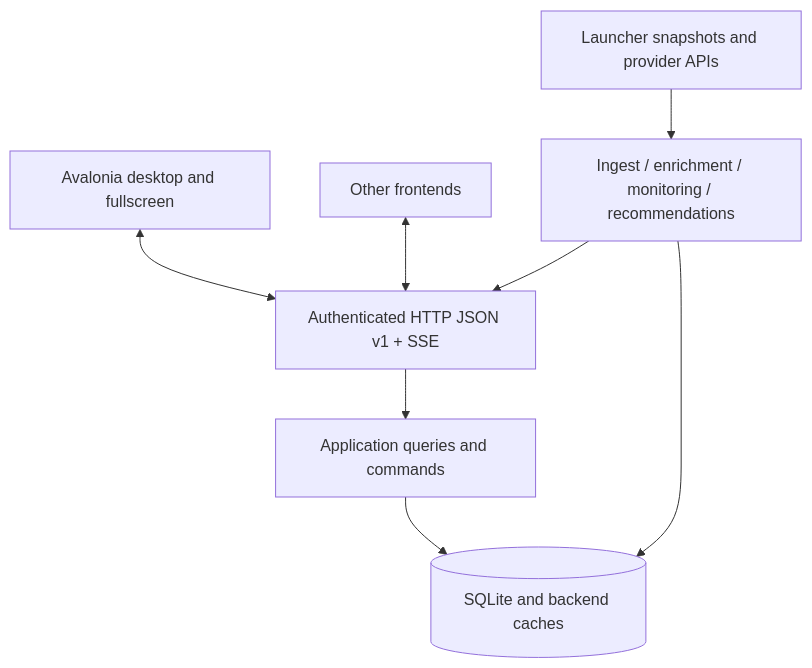
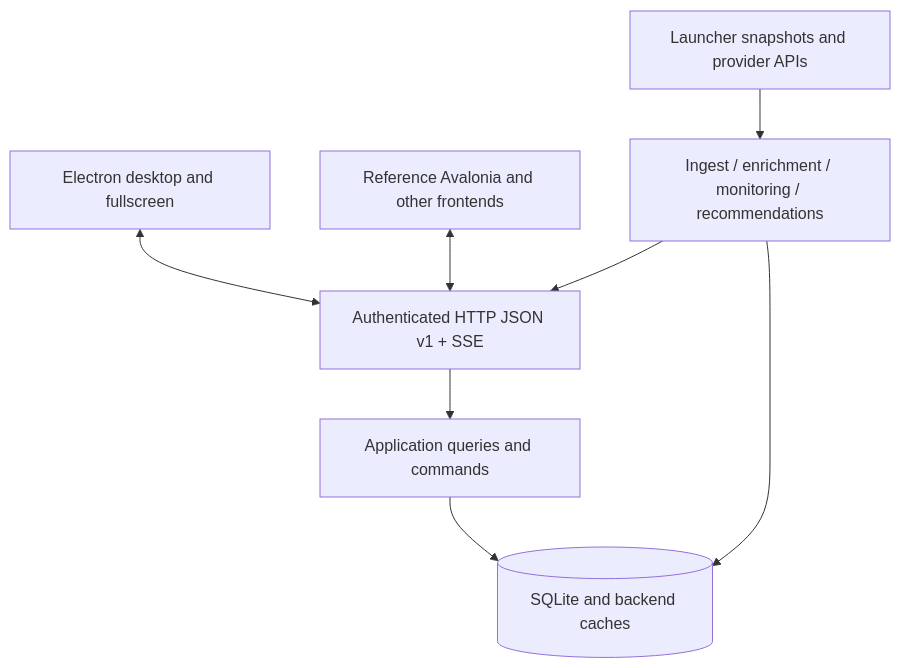
The diagram in game-library-design.md (safwyls/winnow), drawn with Mermaid before and after one commit. The commit also changed other lines of this file and 68 other files, not shown here.

````diff
--- a/game-library-design.md
+++ b/game-library-design.md
@@ -815,17 +824,17 @@
 ```mermaid
 graph TB
-    A[Avalonia desktop and fullscreen]
-    O[Other frontends]
+    A[Electron desktop and fullscreen]
+    O[Reference Avalonia and other frontends]
     API[Authenticated HTTP JSON v1 + SSE]
     APP[Application queries and commands]
     WORK[Ingest / enrichment / monitoring / recommendations]
     DB[(SQLite and backend caches)]
     EXT[Launcher snapshots and provider APIs]
     A <--> API
     O <--> API
     API --> APP
     APP --> DB
     WORK --> DB
     WORK --> API
     EXT --> WORK
 ```
````
